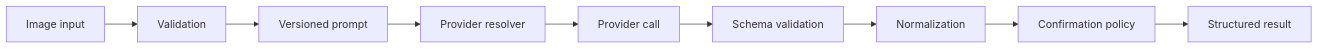
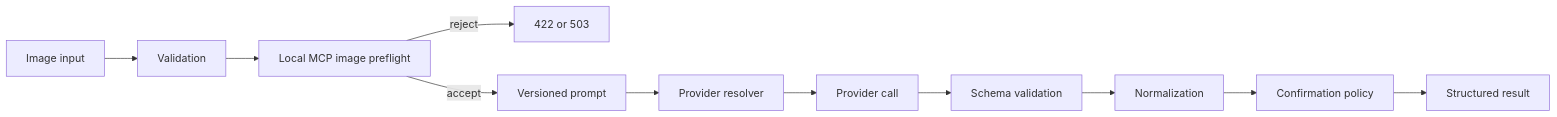
One commit to sumanbaul/ainutritiontracker changed the diagram in docs/meal-vision-architecture.md. Above: the diagram before and after it, drawn with Mermaid. The commit also changed other lines of this file and 31 other files, not shown here.

First line of the commit message:
feat: Implement image preflight checks and integrate with MealVision analysis

````diff
--- a/docs/meal-vision-architecture.md
+++ b/docs/meal-vision-architecture.md
@@ -3,11 +3,13 @@
 ```mermaid
 flowchart LR
   A[Image input] --> B[Validation]
-  B --> C[Versioned prompt]
-  C --> D[Provider resolver]
-  D --> E[Provider call]
-  E --> F[Schema validation]
-  F --> G[Normalization]
-  G --> H[Confirmation policy]
-  H --> I[Structured result]
+  B --> C[Local MCP image preflight]
+  C -->|reject| R[422 or 503]
+  C -->|accept| D[Versioned prompt]
+  D --> E[Provider resolver]
+  E --> F[Provider call]
+  F --> G[Schema validation]
+  G --> H[Normalization]
+  H --> I[Confirmation policy]
+  I --> J[Structured result]
 ```
````
